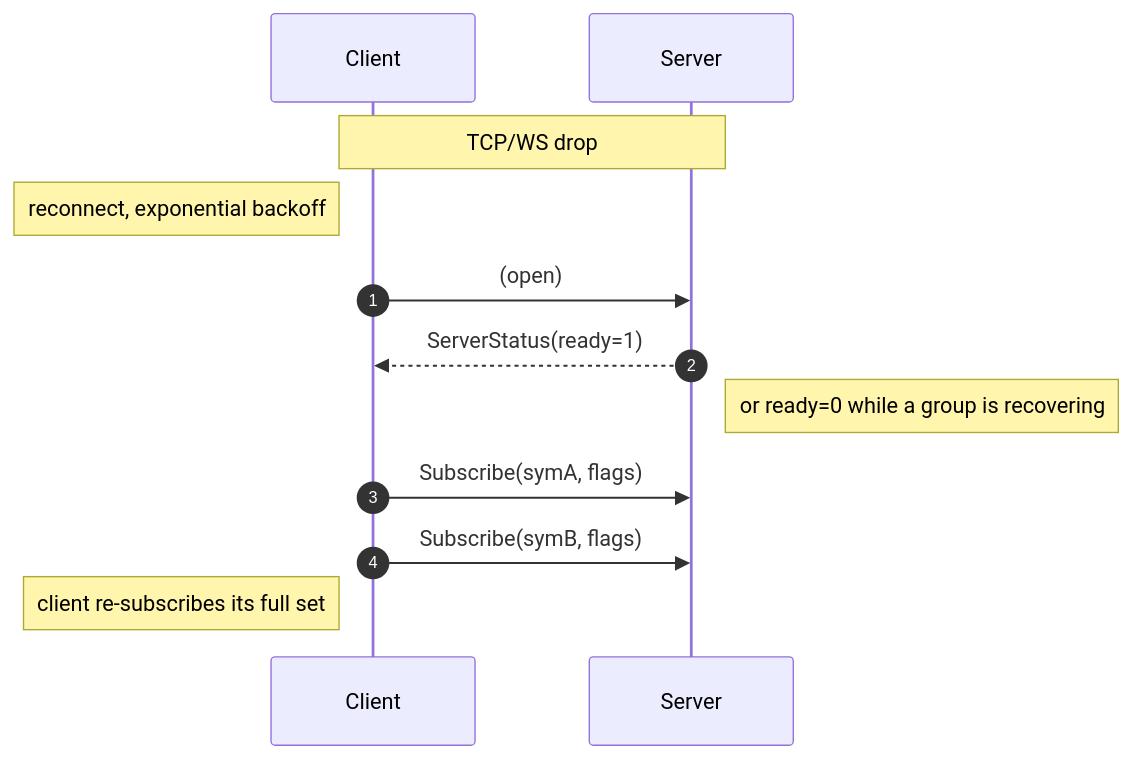
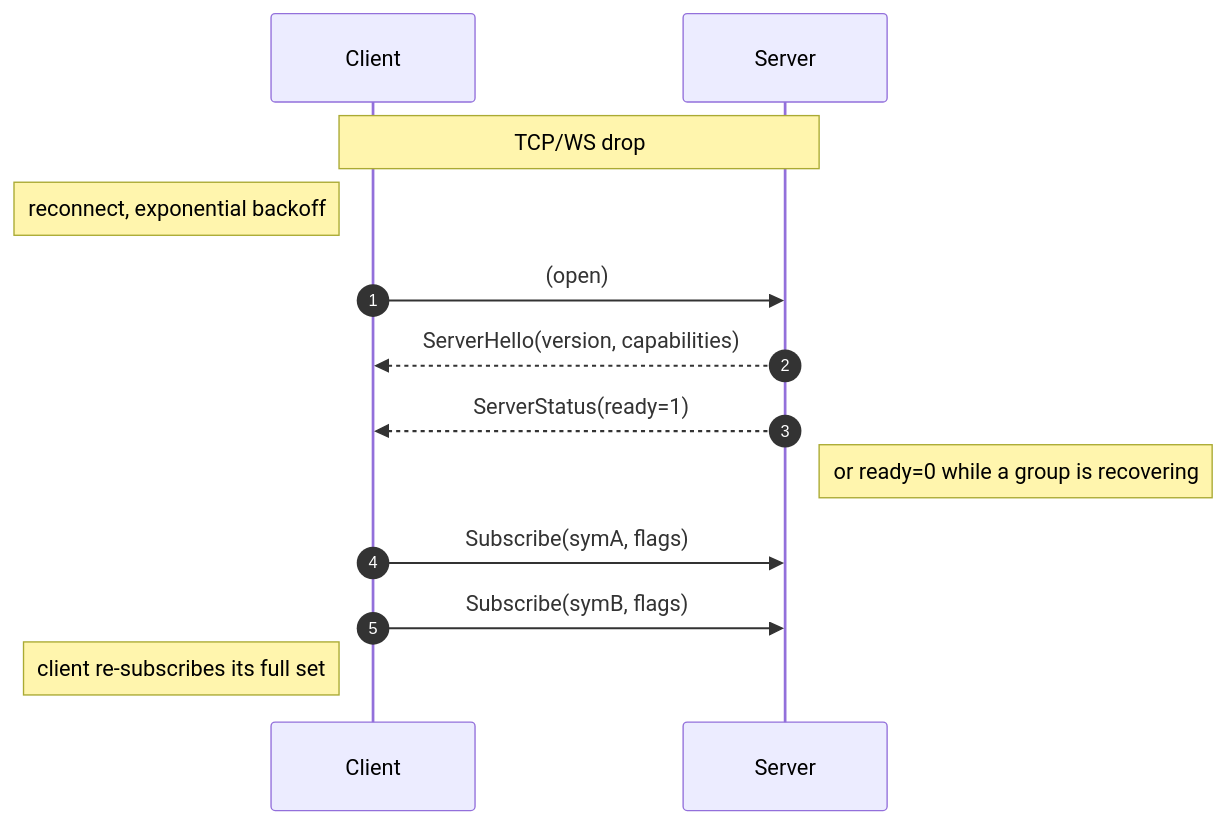
The second of 2 diagrams in docs/WEBSOCKET-PROTOCOL.md (pedrosakuma/B3MarketDataPlatform), drawn with Mermaid before and after one commit. The commit also changed other lines of this file and 48 other files, not shown here.

````diff
--- a/docs/WEBSOCKET-PROTOCOL.md
+++ b/docs/WEBSOCKET-PROTOCOL.md
@@ -409,15 +540,16 @@
 ```mermaid
 sequenceDiagram
     autonumber
     participant C as Client
     participant S as Server
 
     Note over C,S: TCP/WS drop
     Note left of C: reconnect, exponential backoff
     C->>S: (open)
+    S-->>C: ServerHello(version, capabilities)
     S-->>C: ServerStatus(ready=1)
     Note right of S: or ready=0 while a group is recovering
     C->>S: Subscribe(symA, flags)
     C->>S: Subscribe(symB, flags)
     Note left of C: client re-subscribes its full set
 ```
````
